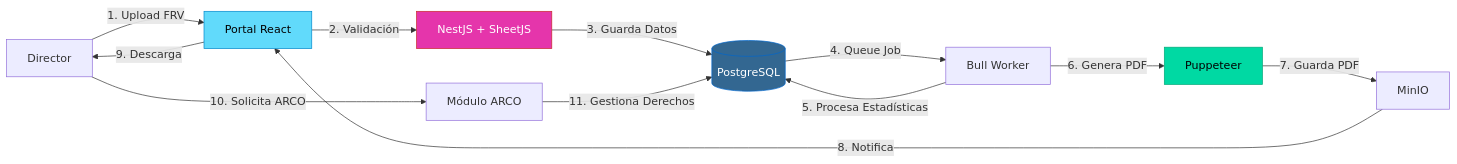
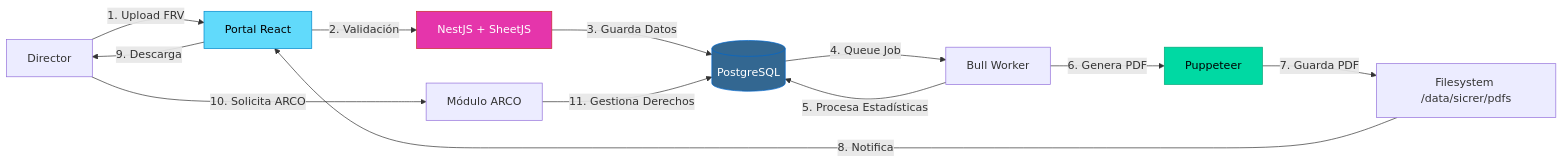
Before and after one commit to dleonsystem/sep_evaluacion_diagnostica: the fourth of 10 diagrams in ANALISIS_DETALLADO_PSP_RUP.md, drawn with Mermaid. The commit also changed other lines of this file and 6 other files, not shown here.

First line of the commit message:
feat: migrate from MinIO and Redis to Filesystem SSD and node-cache

````diff
--- a/ANALISIS_DETALLADO_PSP_RUP.md
+++ b/ANALISIS_DETALLADO_PSP_RUP.md
@@ -291,19 +292,19 @@
 ```mermaid
 graph LR
     A[Director] -->|1. Upload FRV| B[Portal React]
     B -->|2. Validación| C[NestJS + SheetJS]
     C -->|3. Guarda Datos| D[(PostgreSQL)]
     D -->|4. Queue Job| E[Bull Worker]
     E -->|5. Procesa Estadísticas| D
     E -->|6. Genera PDF| F[Puppeteer]
-    F -->|7. Guarda PDF| G[MinIO]
+    F -->|7. Guarda PDF| G[Filesystem /data/sicrer/pdfs]
     G -->|8. Notifica| B
     B -->|9. Descarga| A
     A -->|10. Solicita ARCO| H[Módulo ARCO]
     H -->|11. Gestiona Derechos| D
     
     style B fill:#61dafb,stroke:#0088cc,color:#000
     style C fill:#e535ab,stroke:#c92a2a,color:#fff
     style D fill:#336791,stroke:#0066cc,color:#fff
     style F fill:#00d9a3,stroke:#00a878,color:#000
 ```
````
